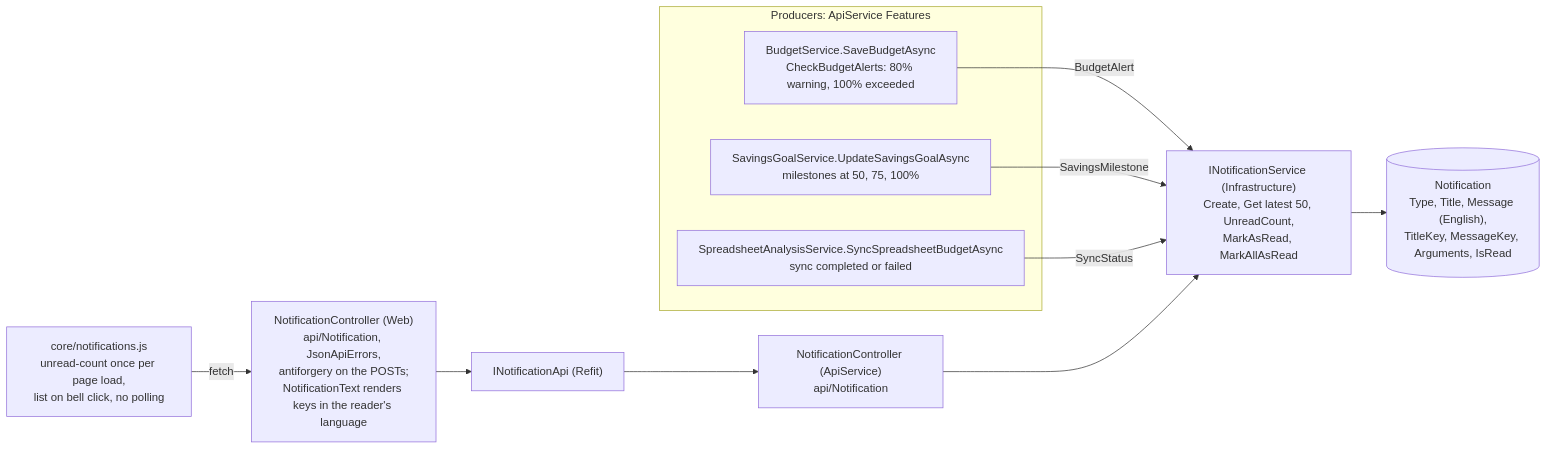
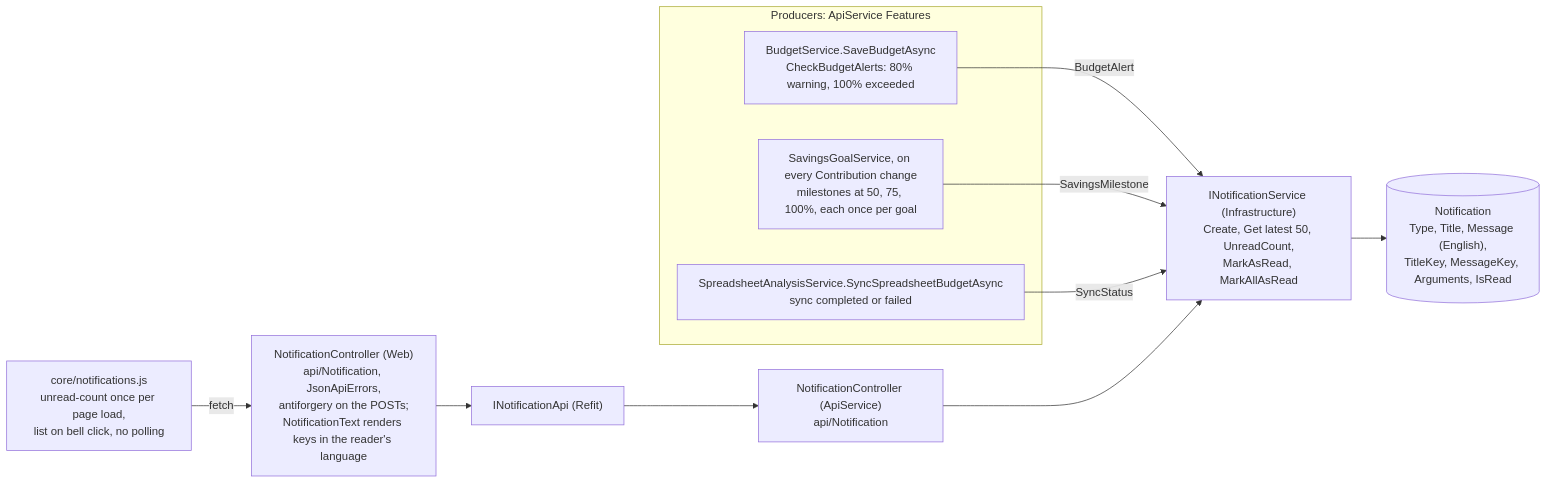
One commit to tngo0508/PersonalFinance changed diagram 13 of 25 in docs/DIAGRAMS.md. Above: the diagram before and after it, drawn with Mermaid. The commit also changed other lines of this file and 37 other files, not shown here.

First line of the commit message:
feat: give Savings Goals a Contribution log (#395, slice 1)

````diff
--- a/docs/DIAGRAMS.md
+++ b/docs/DIAGRAMS.md
@@ -822,24 +834,24 @@
 ```mermaid
 flowchart LR
     subgraph producers["Producers: ApiService Features"]
         bp["BudgetService.SaveBudgetAsync<br/>CheckBudgetAlerts: 80% warning, 100% exceeded"]
-        sg["SavingsGoalService.UpdateSavingsGoalAsync<br/>milestones at 50, 75, 100%"]
+        sg["SavingsGoalService, on every Contribution change<br/>milestones at 50, 75, 100%, each once per goal"]
         sa["SpreadsheetAnalysisService.SyncSpreadsheetBudgetAsync<br/>sync completed or failed"]
     end
 
     ns["INotificationService (Infrastructure)<br/>Create, Get latest 50, UnreadCount,<br/>MarkAsRead, MarkAllAsRead"]
     ent[("Notification<br/>Type, Title, Message (English),<br/>TitleKey, MessageKey, Arguments, IsRead")]
     nc["NotificationController (ApiService)<br/>api/Notification"]
     napi["INotificationApi (Refit)"]
     wnc["NotificationController (Web)<br/>api/Notification, JsonApiErrors,<br/>antiforgery on the POSTs;<br/>NotificationText renders keys in the reader's language"]
     js["core/notifications.js<br/>unread-count once per page load,<br/>list on bell click, no polling"]
 
     bp -- "BudgetAlert" --> ns
     sg -- "SavingsMilestone" --> ns
     sa -- "SyncStatus" --> ns
     ns --> ent
     nc --> ns
     napi --> nc
     wnc --> napi
     js -- "fetch" --> wnc
 ```
````
